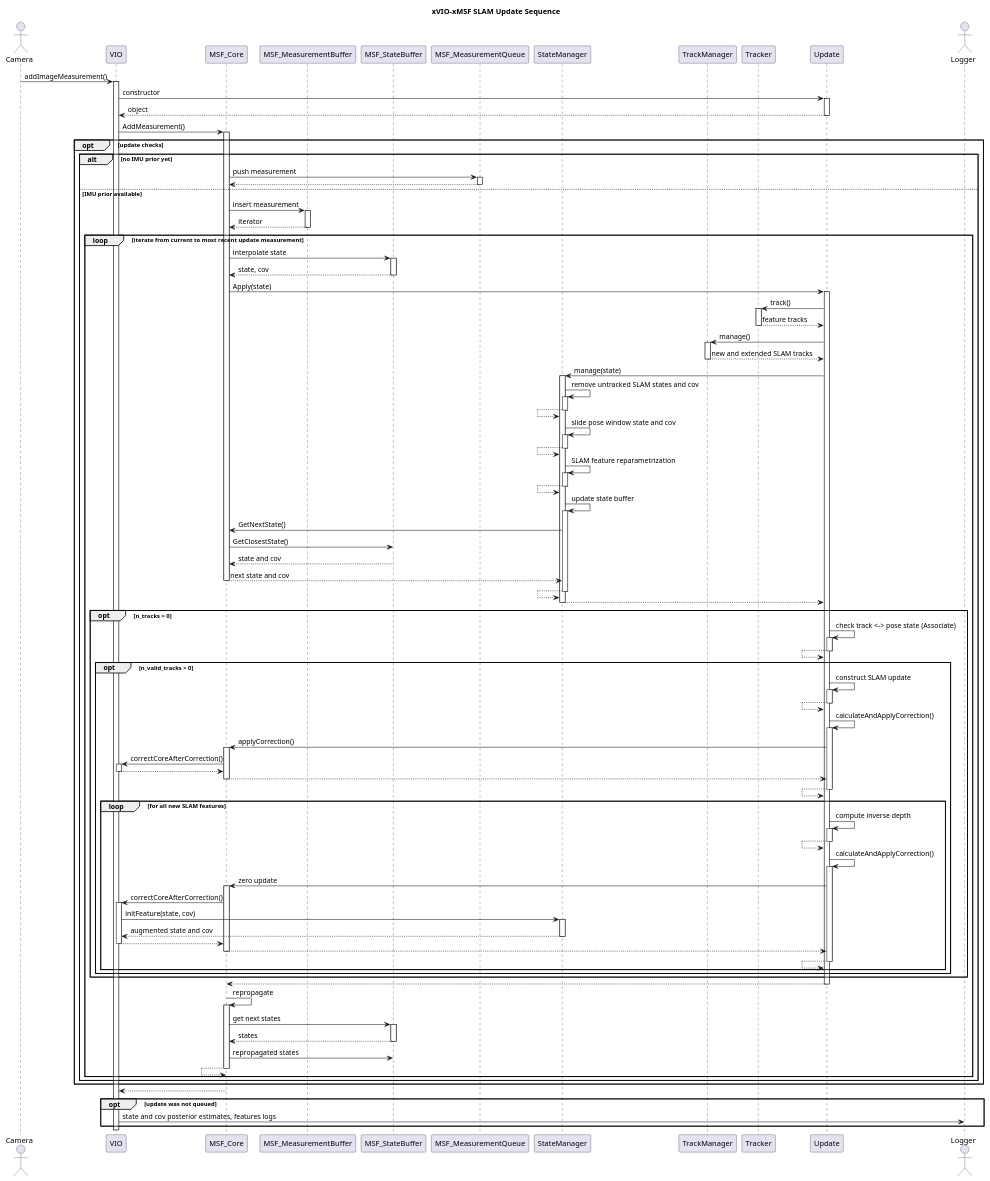
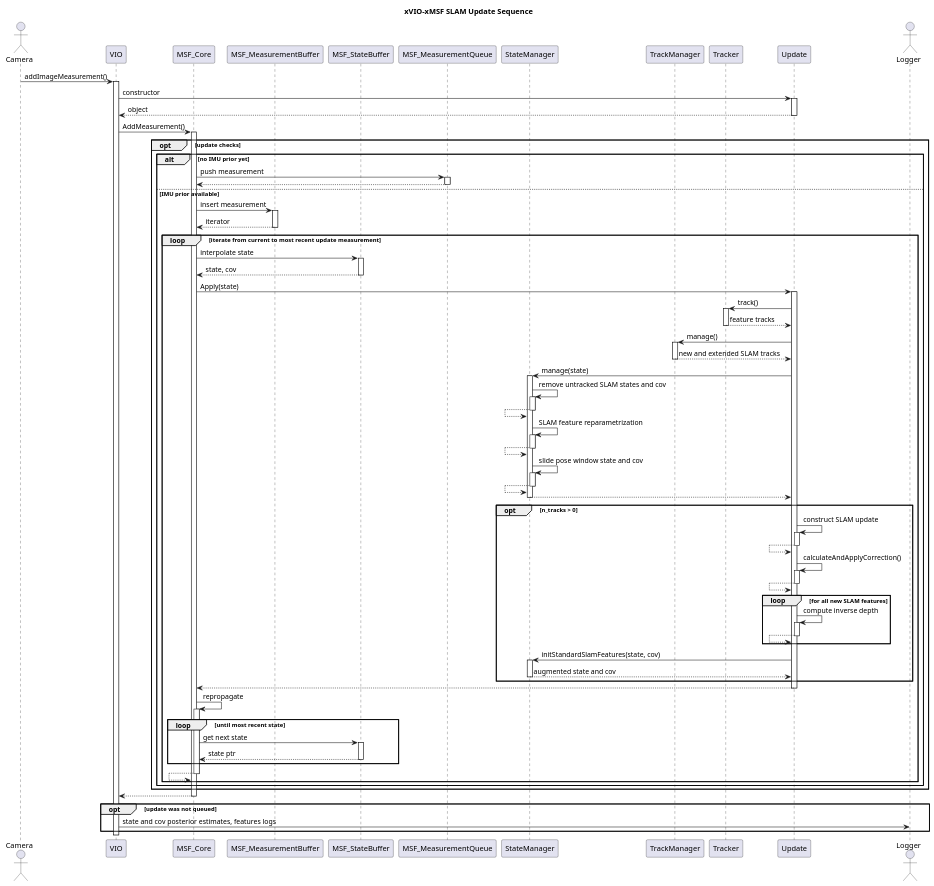
One commit to jpl-x/x_uml changed the diagram in seq_x_vio_msf_slam_update.md. Above: the diagram before and after it, drawn with PlantUML. The commit also changed 5 other files, not shown here.

Commit message:
Status as of mid-May 2020, after a partial refactoring of xMSF.

```diff
--- a/seq_x_vio_msf_slam_update.md
+++ b/seq_x_vio_msf_slam_update.md
@@ -45,58 +45,40 @@
         Update->StateManager++: manage(state)
           StateManager->StateManager++: remove untracked SLAM states and cov
           StateManager<--StateManager--
-          StateManager->StateManager++: slide pose window state and cov
-          StateManager<--StateManager--
           StateManager->StateManager++: SLAM feature reparametrization
           StateManager<--StateManager--
-          StateManager->StateManager++: update state buffer
-          StateManager->MSF_Core: GetNextState()
-          MSF_Core->MSF_StateBuffer: GetClosestState()
-          MSF_Core<--MSF_StateBuffer: state and cov
-          StateManager<--MSF_Core--: next state and cov
+          StateManager->StateManager++: slide pose window state and cov
           StateManager<--StateManager--
         Update<--StateManager--:
         
         opt n_tracks > 0
           
-          Update->Update++: check track <-> pose state (Associate)
+          Update->Update++: construct SLAM update
           Update<--Update--
-
-          opt n_valid_tracks > 0
-
-            Update->Update++: construct SLAM update
+          Update->Update++: calculateAndApplyCorrection()
+          Update<--Update--
+      
+          loop for all new SLAM features
+            
+            Update->Update++: compute inverse depth
             Update<--Update--
-            Update->Update++: calculateAndApplyCorrection()
-            Update->MSF_Core++: applyCorrection()
-            MSF_Core->VIO++: correctCoreAfterCorrection()
-            MSF_Core<--VIO--
-            Update<--MSF_Core--
-            Update<--Update--
-        
-            loop for all new SLAM features
-              
-              Update->Update++: compute inverse depth
-              Update<--Update--
-              Update->Update++: calculateAndApplyCorrection()
-              Update->MSF_Core++: zero update
-              MSF_Core->VIO++: correctCoreAfterCorrection()
-              VIO->StateManager++: initFeature(state, cov)
-              VIO<--StateManager--: augmented state and cov
-              MSF_Core<--VIO--
-              Update<--MSF_Core--
-              Update<--Update--
-
-            end
+            
           end
+          
+          Update->StateManager++: initStandardSlamFeatures(state, cov)
+          Update<--StateManager--: augmented state and cov
 
         end
 
       MSF_Core<--Update--
 
       MSF_Core->MSF_Core++: repropagate
-      MSF_Core->MSF_StateBuffer++: get next states
-      MSF_Core<--MSF_StateBuffer--: states
-      MSF_Core->MSF_StateBuffer: repropagated states
+
+      loop until most recent state
+        MSF_Core->MSF_StateBuffer++: get next state
+        MSF_Core<--MSF_StateBuffer--: state ptr
+      end
+
       MSF_Core<--MSF_Core--
     end
     
```
